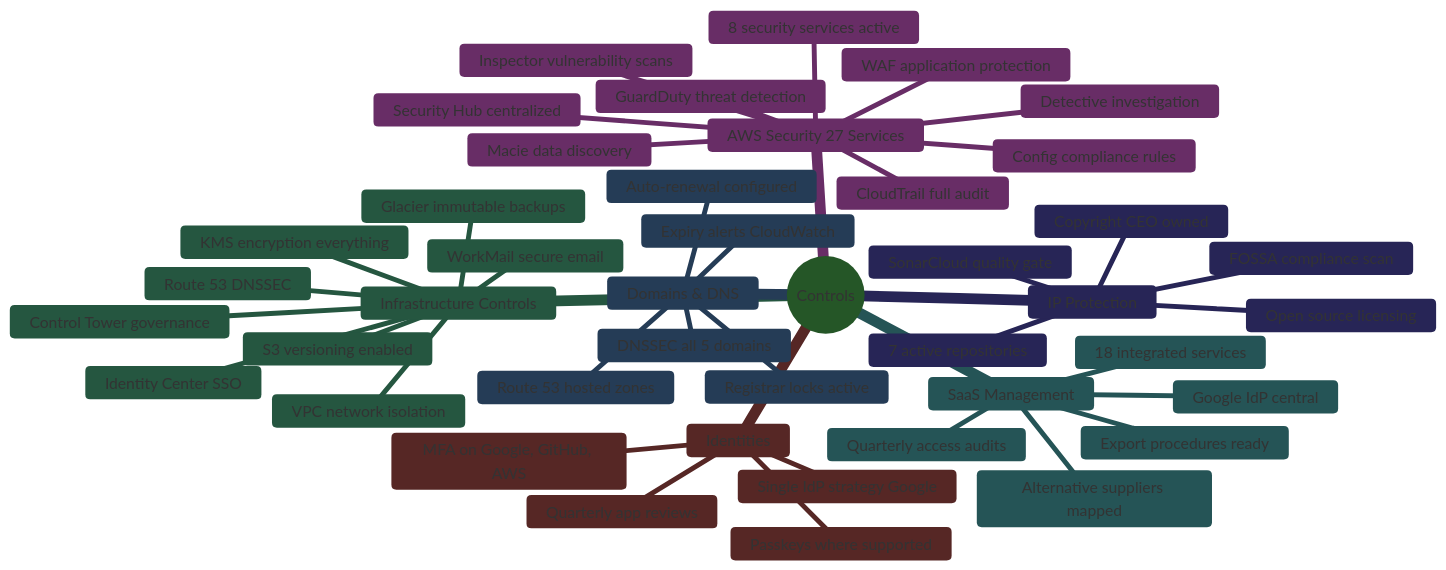
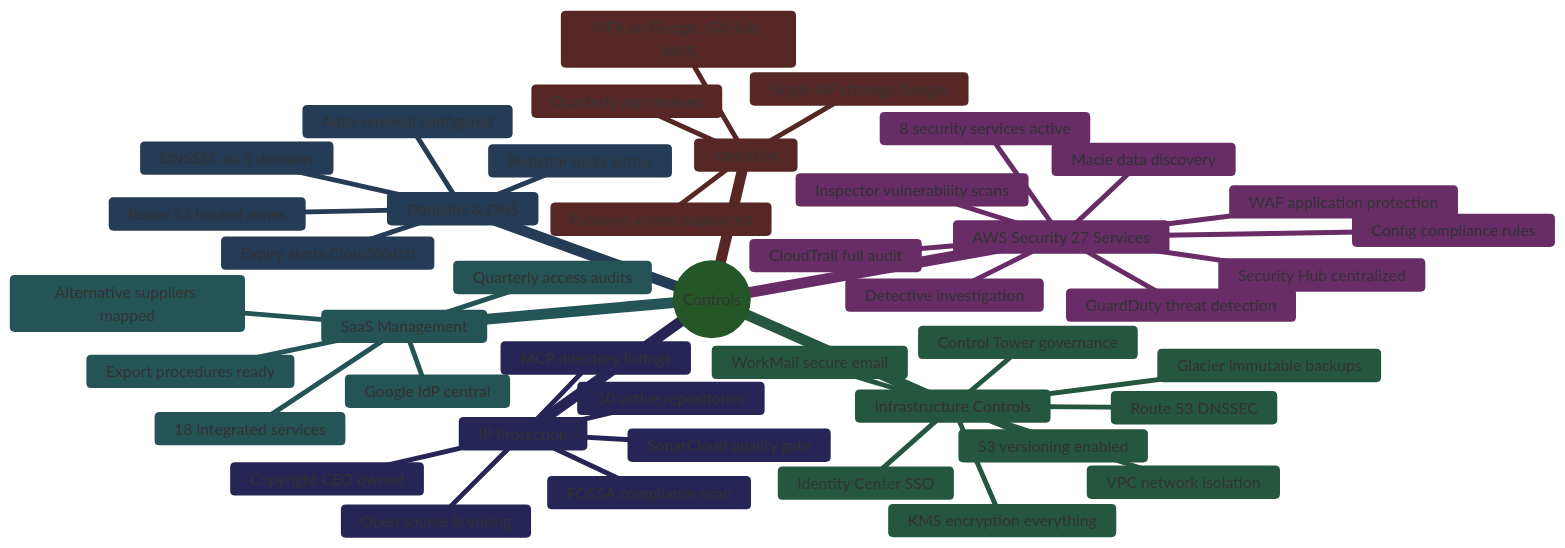
Before and after one commit to Hack23/ISMS-PUBLIC: the fourth of 8 diagrams in Asset_Register.md, drawn with Mermaid. The commit also changed other lines of this file and 10 other files, not shown here.

````diff
--- a/Asset_Register.md
+++ b/Asset_Register.md
@@ -477,49 +478,50 @@
 ```mermaid
 %%{
   init: { 'theme': 'base', 'themeVariables': { 'primaryColor': '#4CAF50', 'lineColor': '#4CAF50' } }
 }%%
 mindmap
   root((Controls))
     Identities
       MFA on Google, GitHub, AWS
       Quarterly app reviews
       Passkeys where supported
       Single IdP strategy Google
     AWS Security 27 Services
       8 security services active
       GuardDuty threat detection
       Security Hub centralized
       Macie data discovery
       WAF application protection
       Inspector vulnerability scans
       Detective investigation
       Config compliance rules
       CloudTrail full audit
     Infrastructure Controls
       Control Tower governance
       Identity Center SSO
       KMS encryption everything
       VPC network isolation
       Route 53 DNSSEC
       S3 versioning enabled
       Glacier immutable backups
       WorkMail secure email
     SaaS Management
       Google IdP central
       18 integrated services
       Quarterly access audits
       Export procedures ready
       Alternative suppliers mapped
     Domains & DNS
       Route 53 hosted zones
       DNSSEC all 5 domains
       Registrar locks active
       Auto-renewal configured
       Expiry alerts CloudWatch
     IP Protection
-      7 active repositories
+      10 active repositories
       Open source licensing
       Copyright CEO owned
       FOSSA compliance scan
       SonarCloud quality gate
+      MCP directory listings
 ```
````
